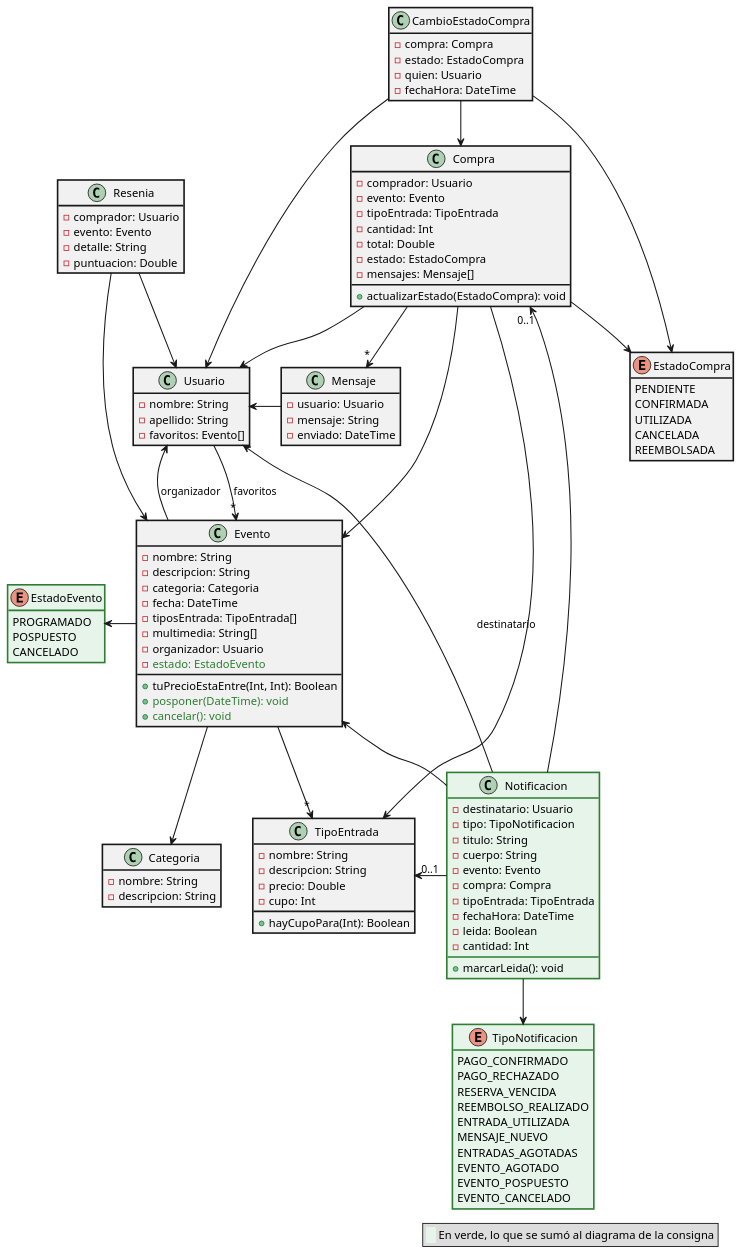
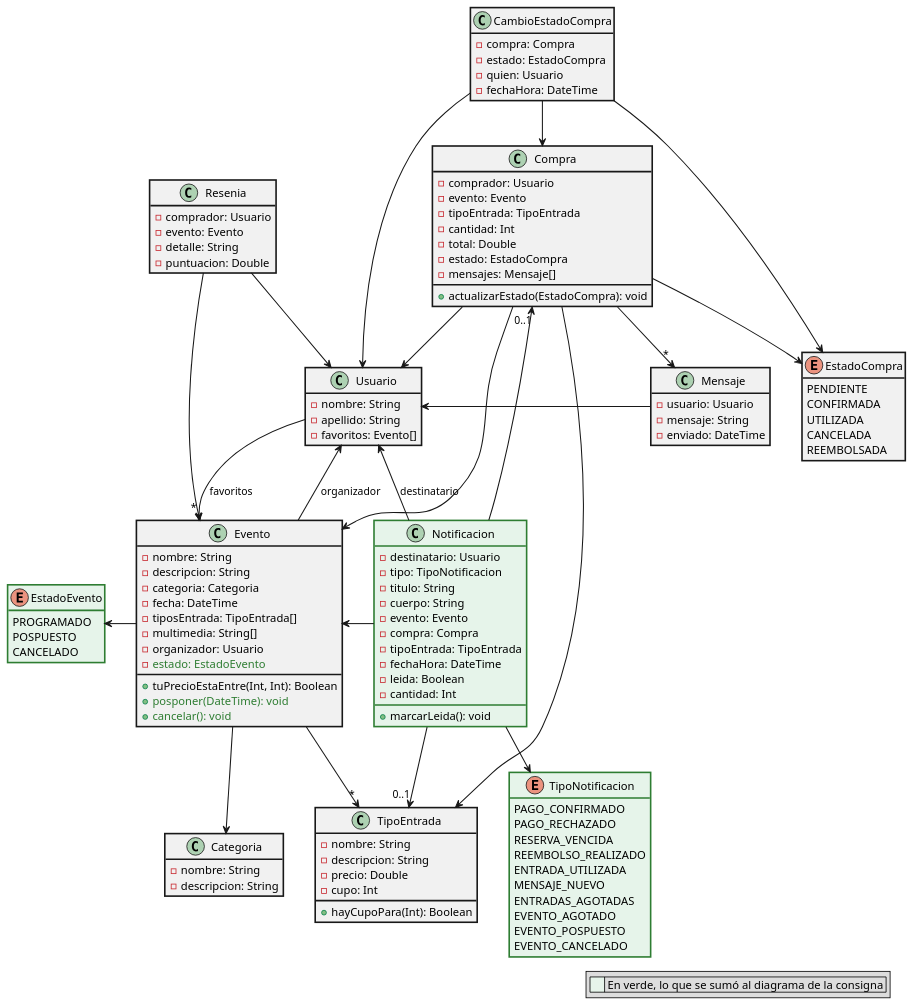
The diagram in docs/diagramas/clases.puml (tomasmuller1/ai-ticket-it), drawn with PlantUML before and after one commit. The commit also changed 7 other files, not shown here.

Commit message:
docs: ordenar el diagrama de clases y precisar los avisos al organizador

```diff
--- a/docs/diagramas/clases.puml
+++ b/docs/diagramas/clases.puml
@@ -1,156 +1,156 @@
 @startuml clases
 ' Diagrama de clases de AI Ticket It. La parte de la consigna es el diagrama de la cátedra, tal cual;
 ' lo que se sumó (notificaciones y estado del evento) va en verde y se explica en la leyenda.
-' Para regenerar el SVG: java -jar plantuml.jar -tsvg docs/diagramas/clases.puml
+' Para regenerar el SVG: java -Djava.awt.headless=true -jar plantuml.jar -tsvg docs/diagramas/clases.puml
 ' (también sirven la extensión PlantUML de VS Code o el plugin de IntelliJ).
 
 skinparam shadowing false
 skinparam roundCorner 0
 skinparam classBorderThickness 2
 skinparam ArrowThickness 1.3
 skinparam nodesep 40
 skinparam ranksep 55
 hide empty members
 hide stereotype
 
 skinparam class<<nuevo>> {
   BackgroundColor #E6F4EA
   BorderColor #2E7D32
 }
 skinparam enum<<nuevo>> {
   BackgroundColor #E6F4EA
   BorderColor #2E7D32
 }
 
 class Usuario {
   - nombre: String
   - apellido: String
   - favoritos: Evento[]
 }
 
 class Evento {
   - nombre: String
   - descripcion: String
   - categoria: Categoria
   - fecha: DateTime
   - tiposEntrada: TipoEntrada[]
   - multimedia: String[]
   - organizador: Usuario
   - <color:#2E7D32>estado: EstadoEvento
   + tuPrecioEstaEntre(Int, Int): Boolean
   + <color:#2E7D32>posponer(DateTime): void
   + <color:#2E7D32>cancelar(): void
 }
 
 class Categoria {
   - nombre: String
   - descripcion: String
 }
 
 class TipoEntrada {
   - nombre: String
   - descripcion: String
   - precio: Double
   - cupo: Int
   + hayCupoPara(Int): Boolean
 }
 
 class Compra {
   - comprador: Usuario
   - evento: Evento
   - tipoEntrada: TipoEntrada
   - cantidad: Int
   - total: Double
   - estado: EstadoCompra
   - mensajes: Mensaje[]
   + actualizarEstado(EstadoCompra): void
 }
 
 enum EstadoCompra {
   PENDIENTE
   CONFIRMADA
   UTILIZADA
   CANCELADA
   REEMBOLSADA
 }
 
 class CambioEstadoCompra {
   - compra: Compra
   - estado: EstadoCompra
   - quien: Usuario
   - fechaHora: DateTime
 }
 
 class Mensaje {
   - usuario: Usuario
   - mensaje: String
   - enviado: DateTime
 }
 
 class Resenia {
   - comprador: Usuario
   - evento: Evento
   - detalle: String
   - puntuacion: Double
 }
 
 enum EstadoEvento <<nuevo>> {
   PROGRAMADO
   POSPUESTO
   CANCELADO
 }
 
 class Notificacion <<nuevo>> {
   - destinatario: Usuario
   - tipo: TipoNotificacion
   - titulo: String
   - cuerpo: String
   - evento: Evento
   - compra: Compra
   - tipoEntrada: TipoEntrada
   - fechaHora: DateTime
   - leida: Boolean
   - cantidad: Int
   + marcarLeida(): void
 }
 
 enum TipoNotificacion <<nuevo>> {
   PAGO_CONFIRMADO
   PAGO_RECHAZADO
   RESERVA_VENCIDA
   REEMBOLSO_REALIZADO
   ENTRADA_UTILIZADA
   MENSAJE_NUEVO
   ENTRADAS_AGOTADAS
   EVENTO_AGOTADO
   EVENTO_POSPUESTO
   EVENTO_CANCELADO
 }
 
 CambioEstadoCompra --> Usuario
 CambioEstadoCompra -down-> Compra
 CambioEstadoCompra --> EstadoCompra
 Compra --> Usuario
 Compra --> Evento
 Compra --> TipoEntrada
 Compra --> EstadoCompra
 Compra --> "*" Mensaje
 Resenia --> Usuario
 Resenia -down-> Evento
 Mensaje -left-> Usuario
 Evento -down-> Categoria
 Evento --> "*" TipoEntrada
 Usuario --> "*" Evento : favoritos
 Evento --> Usuario : organizador
 
 Evento -left-> EstadoEvento
 Notificacion -left-> Evento
 Notificacion -up-> Usuario : destinatario
 Notificacion -up-> "0..1" Compra
-Notificacion -left-> "0..1" TipoEntrada
+Notificacion -down-> "0..1" TipoEntrada
 Notificacion -down-> TipoNotificacion
 
 legend bottom right
-  <back:#E6F4EA>   </back> En verde, lo que se sumó al diagrama de la consigna
+  |<#E6F4EA>     | En verde, lo que se sumó al diagrama de la consigna |
 endlegend
 @enduml
```
